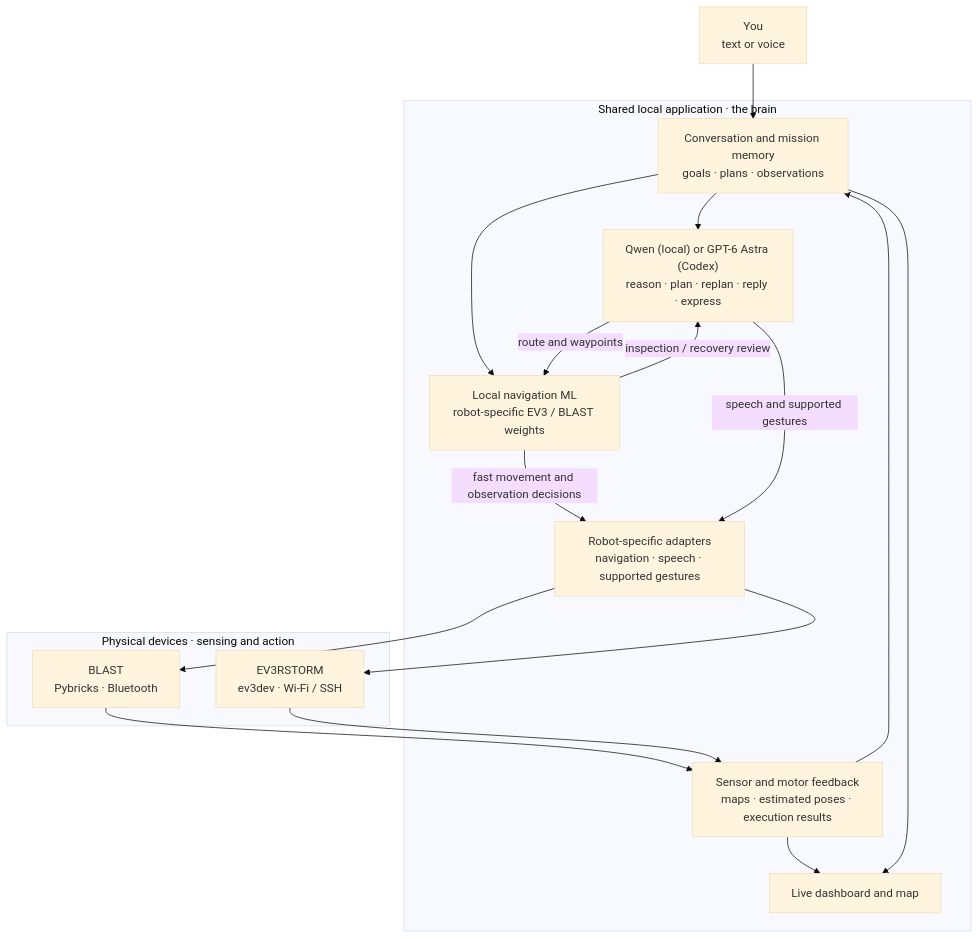
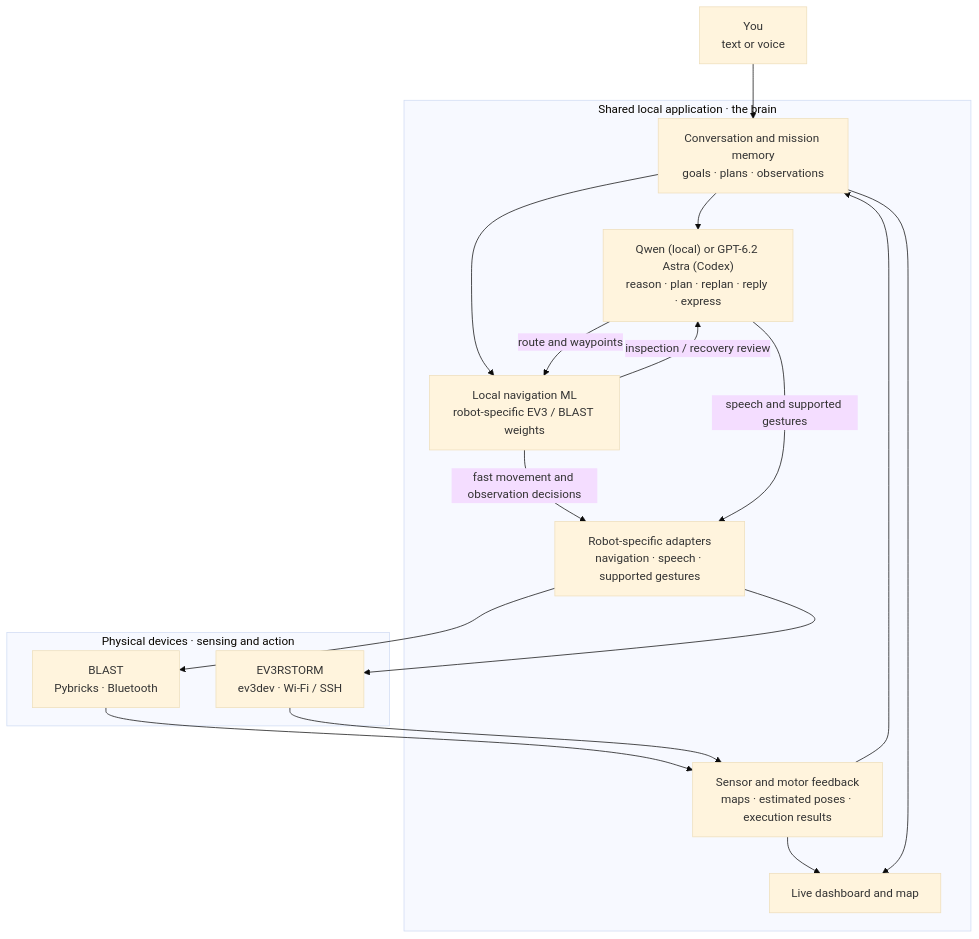
The diagram in README.md (Jawbreaker1/robot-llm), drawn with Mermaid (base theme) before and after one commit. The commit also changed other lines of this file and 21 other files, not shown here.

First line of the commit message:
Upgrade Codex wrapper to GPT-6.2 Astra for robot navigation and conversation

````diff
--- a/README.md
+++ b/README.md
@@ -143,24 +143,24 @@
 ```mermaid
 flowchart TD
     U["You<br/>text or voice"] --> H
     subgraph APP["Shared local application · the brain"]
         H["Conversation and mission memory<br/>goals · plans · observations"]
-        H --> Q["Qwen (local) or GPT-6 Astra (Codex)<br/>reason · plan · replan · reply · express"]
+        H --> Q["Qwen (local) or GPT-6.2 Astra (Codex)<br/>reason · plan · replan · reply · express"]
         H --> N["Local navigation ML<br/>robot-specific EV3 / BLAST weights"]
         Q -->|"route and waypoints"| N
         N -->|"inspection / recovery review"| Q
         N -->|"fast movement and observation decisions"| X["Robot-specific adapters<br/>navigation · speech · supported gestures"]
         Q -->|"speech and supported gestures"| X
         O["Sensor and motor feedback<br/>maps · estimated poses · execution results"] --> H
         O --> D["Live dashboard and map"]
         H --> D
     end
     subgraph BODIES["Physical devices · sensing and action"]
         B["BLAST<br/>Pybricks · Bluetooth"]
         E["EV3RSTORM<br/>ev3dev · Wi-Fi / SSH"]
     end
     X --> B
     X --> E
     B --> O
     E --> O
 ```
````
